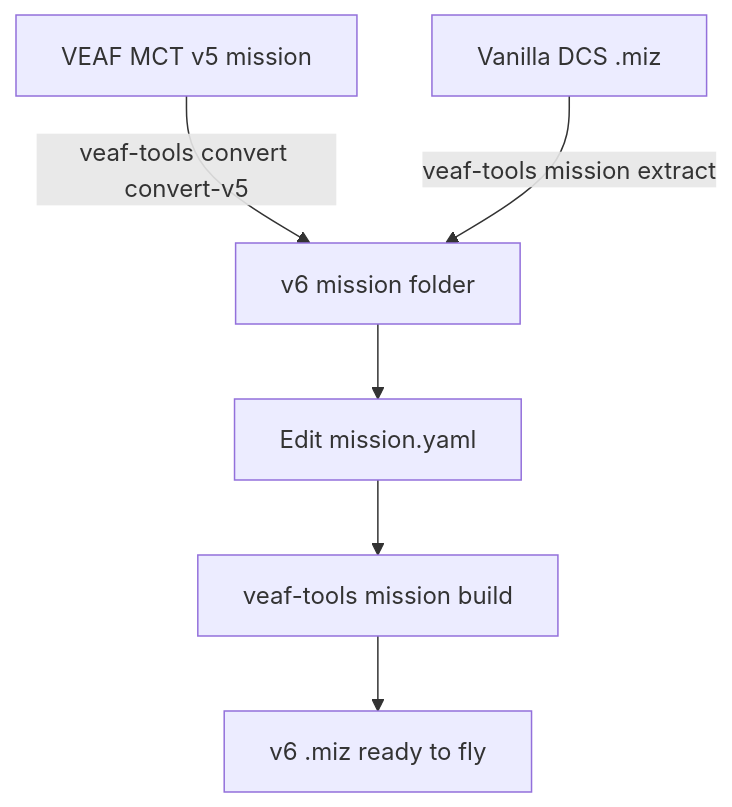
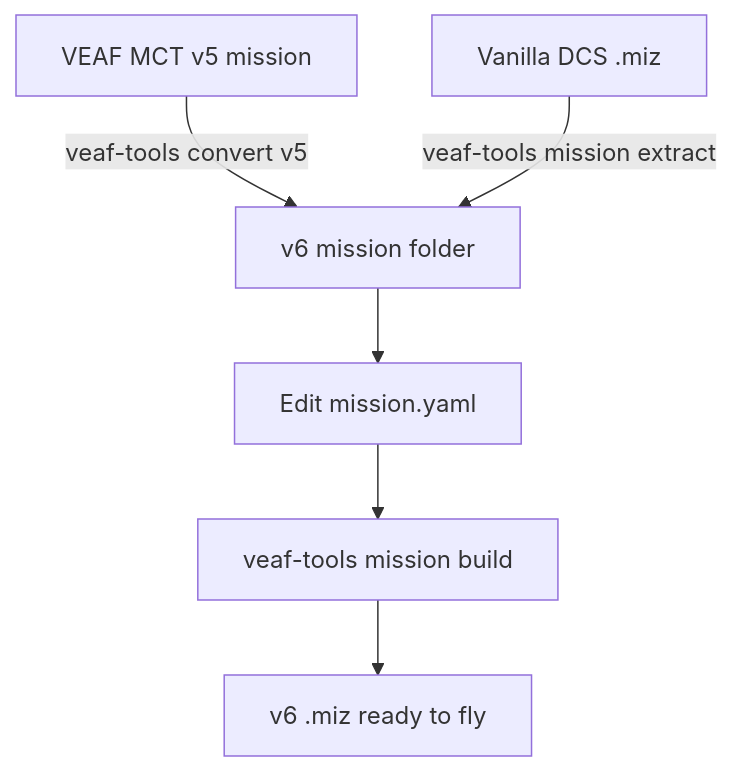
Before and after one commit to VEAF/VEAF-Mission-Creation-Tools: the diagram in doc/mission-maker/MIGRATION_GUIDE.en.md, drawn with Mermaid. The commit also changed other lines of this file and 14 other files, not shown here.

````diff
--- a/doc/mission-maker/MIGRATION_GUIDE.en.md
+++ b/doc/mission-maker/MIGRATION_GUIDE.en.md
@@ -11,8 +11,8 @@
 ```mermaid
 flowchart TD
-    V5[VEAF MCT v5 mission] -->|veaf-tools convert convert-v5| FOLDER[v6 mission folder]
+    V5[VEAF MCT v5 mission] -->|veaf-tools convert v5| FOLDER[v6 mission folder]
     VAN[Vanilla DCS .miz] -->|veaf-tools mission extract| FOLDER
     FOLDER --> CFG[Edit mission.yaml]
     CFG --> BUILD[veaf-tools mission build]
     BUILD --> MIZ[v6 .miz ready to fly]
 ```
````
